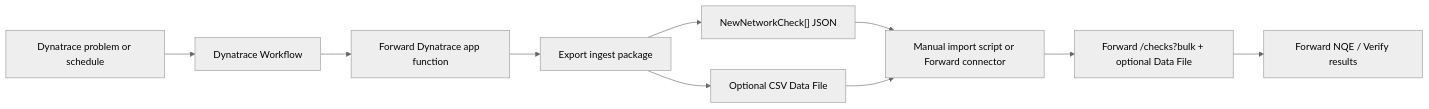
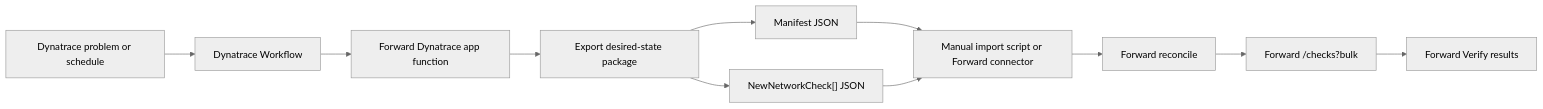
The diagram in docs/workflow.md (forwardnetworks/forward-dynatrace), drawn with Mermaid (neutral theme) before and after one commit. The commit also changed other lines of this file and 17 other files, not shown here.

Commit message:
Remove Data File export path

````diff
--- a/docs/workflow.md
+++ b/docs/workflow.md
@@ -22,12 +22,13 @@
 ```mermaid
 flowchart LR
     A["Dynatrace problem or schedule"] --> B["Dynatrace Workflow"]
     B --> C["Forward Dynatrace app function"]
-    C --> D["Export ingest package"]
-    D --> E["NewNetworkCheck[] JSON"]
-    D --> F["Optional CSV Data File"]
+    C --> D["Export desired-state package"]
+    D --> E["Manifest JSON"]
+    D --> F["NewNetworkCheck[] JSON"]
     E --> G["Manual import script or Forward connector"]
     F --> G
-    G --> H["Forward /checks?bulk + optional Data File"]
-    H --> I["Forward NQE / Verify results"]
+    G --> H["Forward reconcile"]
+    H --> I["Forward /checks?bulk"]
+    I --> J["Forward Verify results"]
 ```
````
